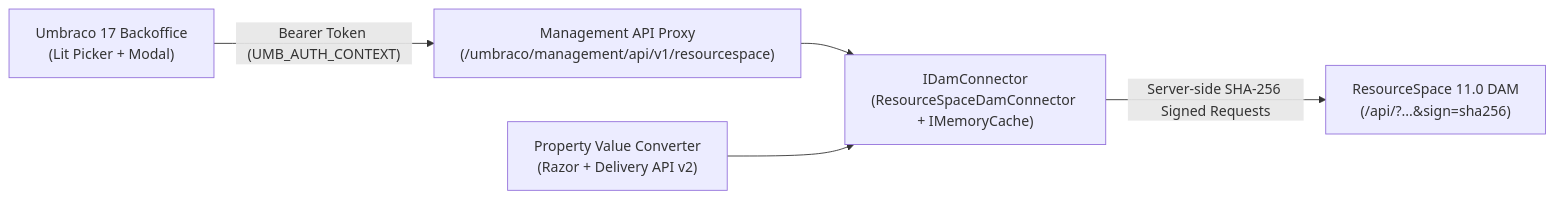
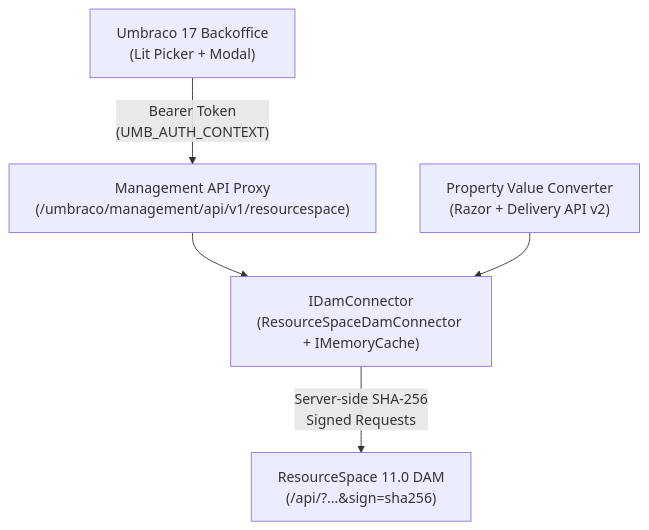
Before and after one commit to Skye-Technology/ResourceSpace-DAM-Umbraco-Connector: the diagram in README.md, drawn with Mermaid. The commit also changed other lines of this file and 3 other files, not shown here.

Commit message:
docs: add architecture diagram and update documentation assets

````diff
--- a/README.md
+++ b/README.md
@@ -15,13 +15,13 @@
 ```mermaid
-flowchart LR
+flowchart TD
     Editor["Umbraco 17 Backoffice<br/>(Lit Picker + Modal)"]
     MgmtApi["Management API Proxy<br/>(/umbraco/management/api/v1/resourcespace)"]
     PVC["Property Value Converter<br/>(Razor + Delivery API v2)"]
     Connector["IDamConnector<br/>(ResourceSpaceDamConnector + IMemoryCache)"]
     RS["ResourceSpace 11.0 DAM<br/>(/api/?...&sign=sha256)"]
 
-    Editor -- "Bearer Token (UMB_AUTH_CONTEXT)" --> MgmtApi
+    Editor -- "Bearer Token<br/>(UMB_AUTH_CONTEXT)" --> MgmtApi
     MgmtApi --> Connector
     PVC --> Connector
-    Connector -- "Server-side SHA-256 Signed Requests" --> RS
+    Connector -- "Server-side SHA-256<br/>Signed Requests" --> RS
 ```
````
